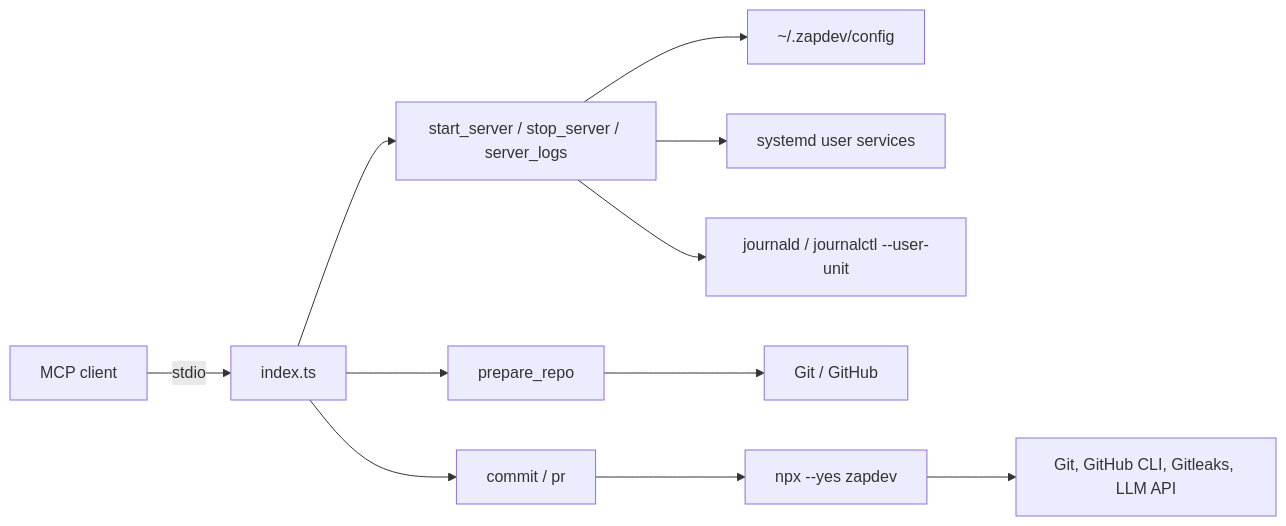
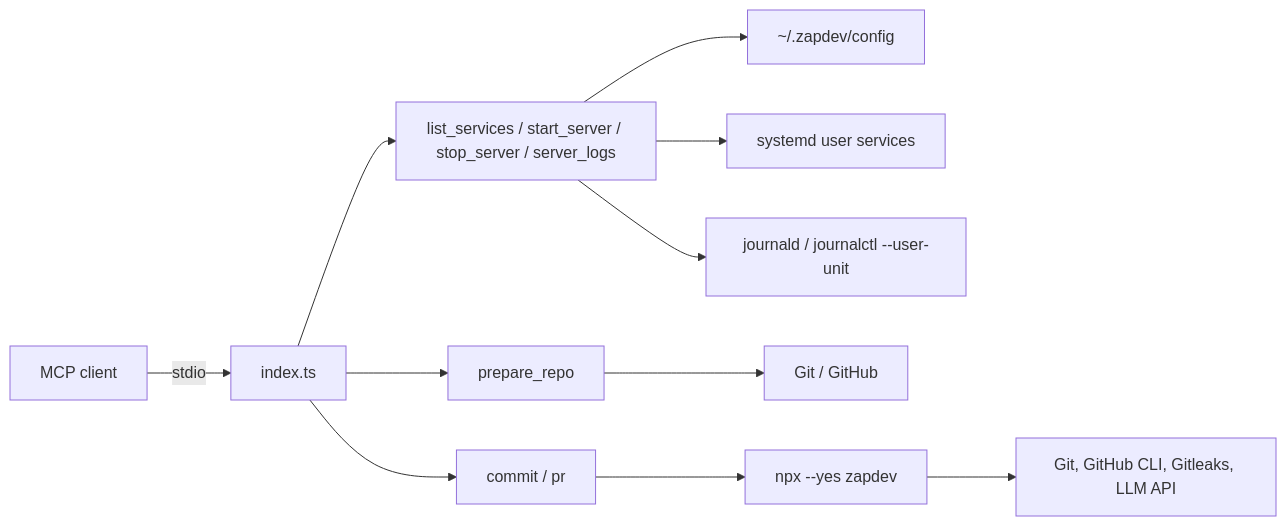
The diagram in README.md (mvagnon/zapdev-mcp), drawn with Mermaid before and after one commit. The commit also changed other lines of this file and 2 other files, not shown here.

Commit message:
feat(servers): Add list_services tool to list configured services for a prepared checkout or group.

````diff
--- a/README.md
+++ b/README.md
@@ -18,13 +18,13 @@
 ```mermaid
 flowchart LR
   Client["MCP client"] -->|stdio| Server["index.ts"]
   Server --> Repos["prepare_repo"]
-  Server --> Servers["start_server / stop_server / server_logs"]
+  Server --> Servers["list_services / start_server / stop_server / server_logs"]
   Servers --> Config["~/.zapdev/config"]
   Servers --> Systemd["systemd user services"]
   Servers --> Logs["journald / journalctl --user-unit"]
   Server --> Commands["commit / pr"]
   Repos --> Git["Git / GitHub"]
   Commands --> CLI["npx --yes zapdev"]
   CLI --> Tools["Git, GitHub CLI, Gitleaks, LLM API"]
 ```
````
